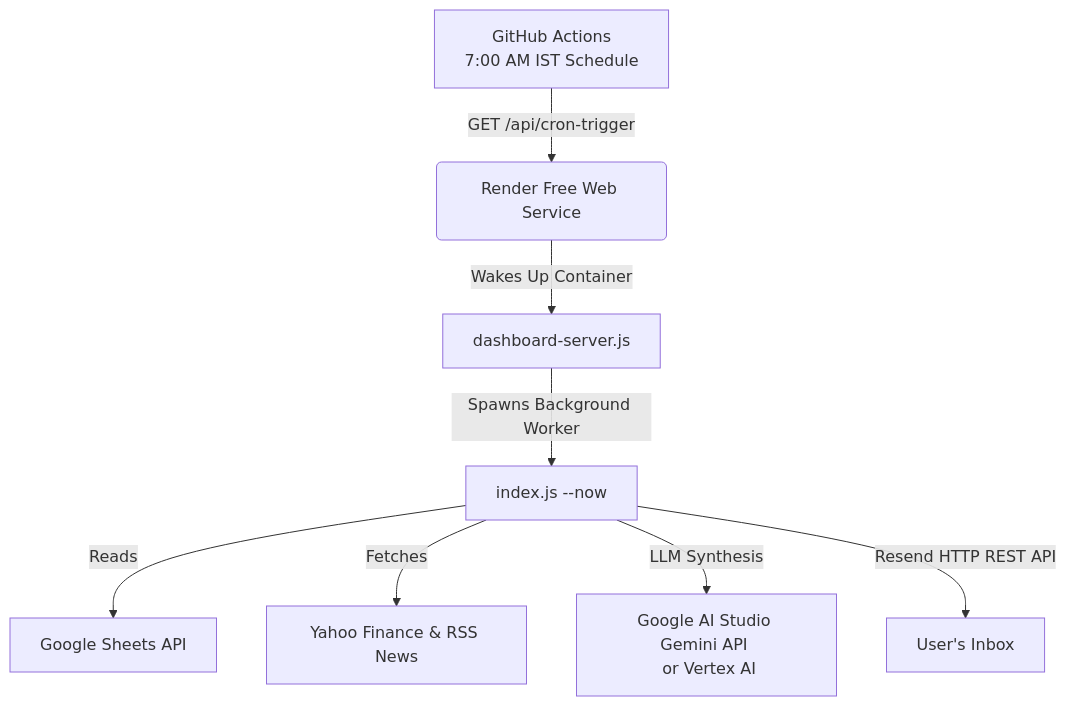
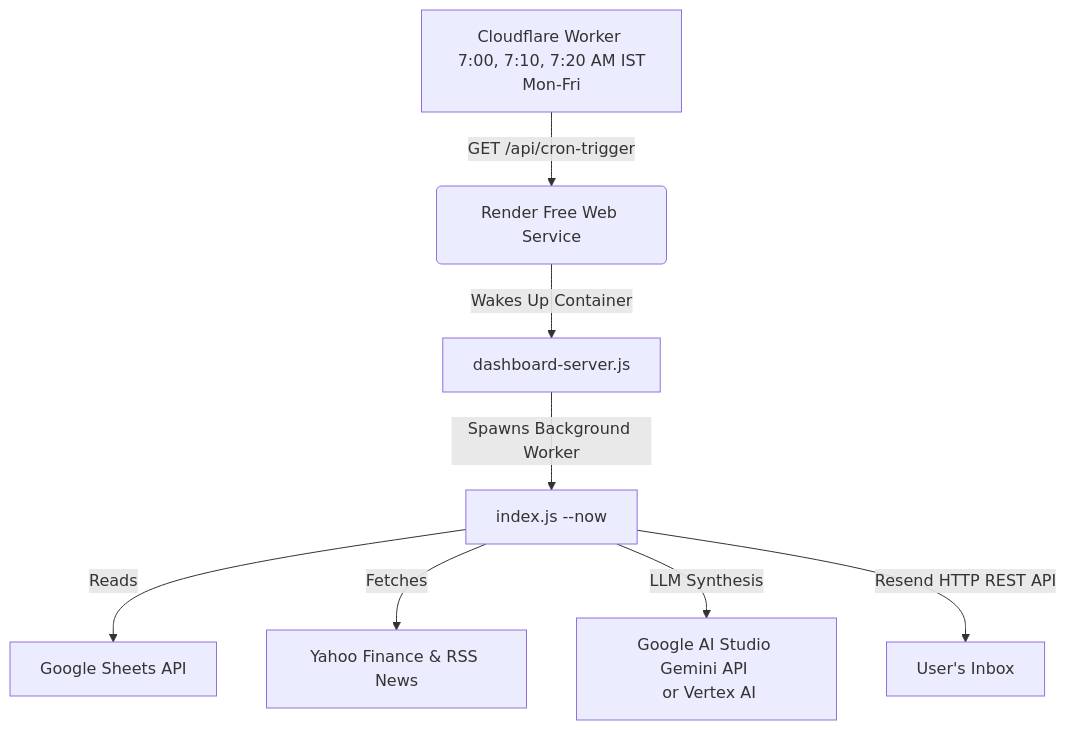
The diagram in README.md (SreeharshaMansani/stock-intelligence), drawn with Mermaid before and after one commit. The commit also changed other lines of this file and 1 other file, not shown here.

Commit message:
docs: replace GitHub Actions with Cloudflare Worker scheduler

````diff
--- a/README.md
+++ b/README.md
@@ -12,10 +12,10 @@
 ```mermaid
 graph TD
-    A[GitHub Actions <br> 7:00 AM IST Schedule] -- GET /api/cron-trigger --> B(Render Free Web Service)
+    A[Cloudflare Worker <br> 7:00, 7:10, 7:20 AM IST Mon-Fri] -- GET /api/cron-trigger --> B(Render Free Web Service)
     B -- Wakes Up Container --> C[dashboard-server.js]
     C -- Spawns Background Worker --> D[index.js --now]
     D -- Reads --> E[Google Sheets API]
     D -- Fetches --> F[Yahoo Finance & RSS News]
     D -- LLM Synthesis --> G[Google AI Studio Gemini API <br> or Vertex AI]
     D -- Resend HTTP REST API --> H[User's Inbox]
 ```
````
